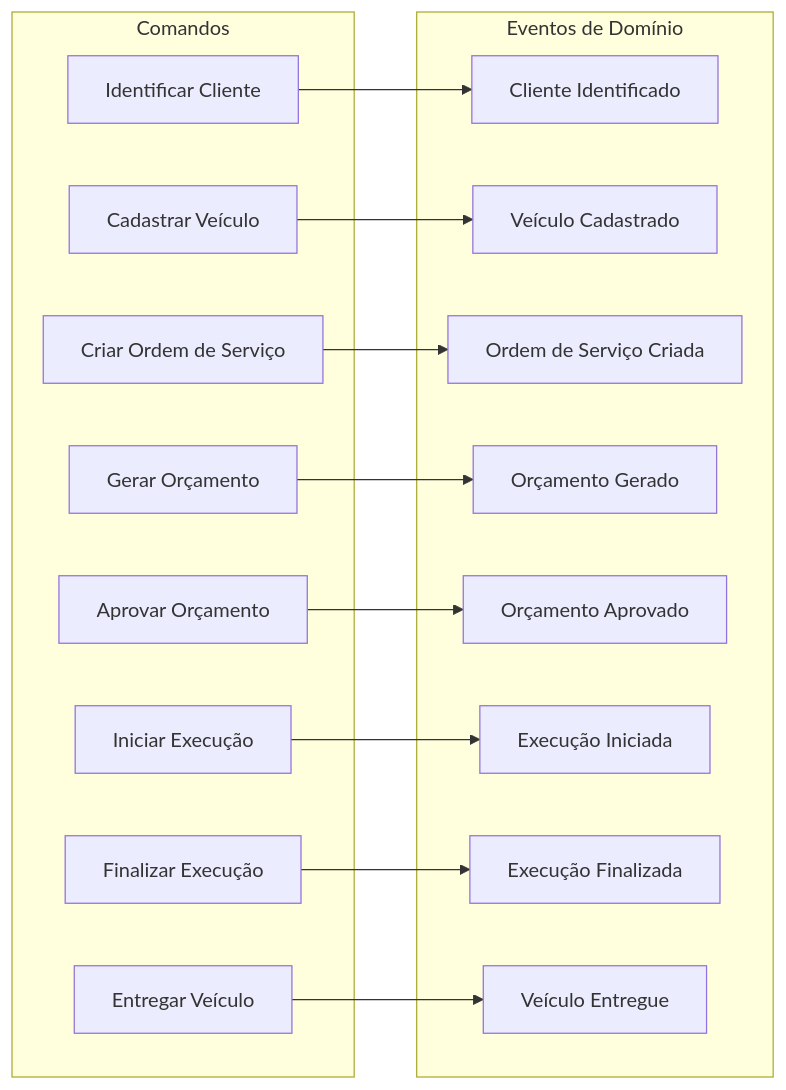
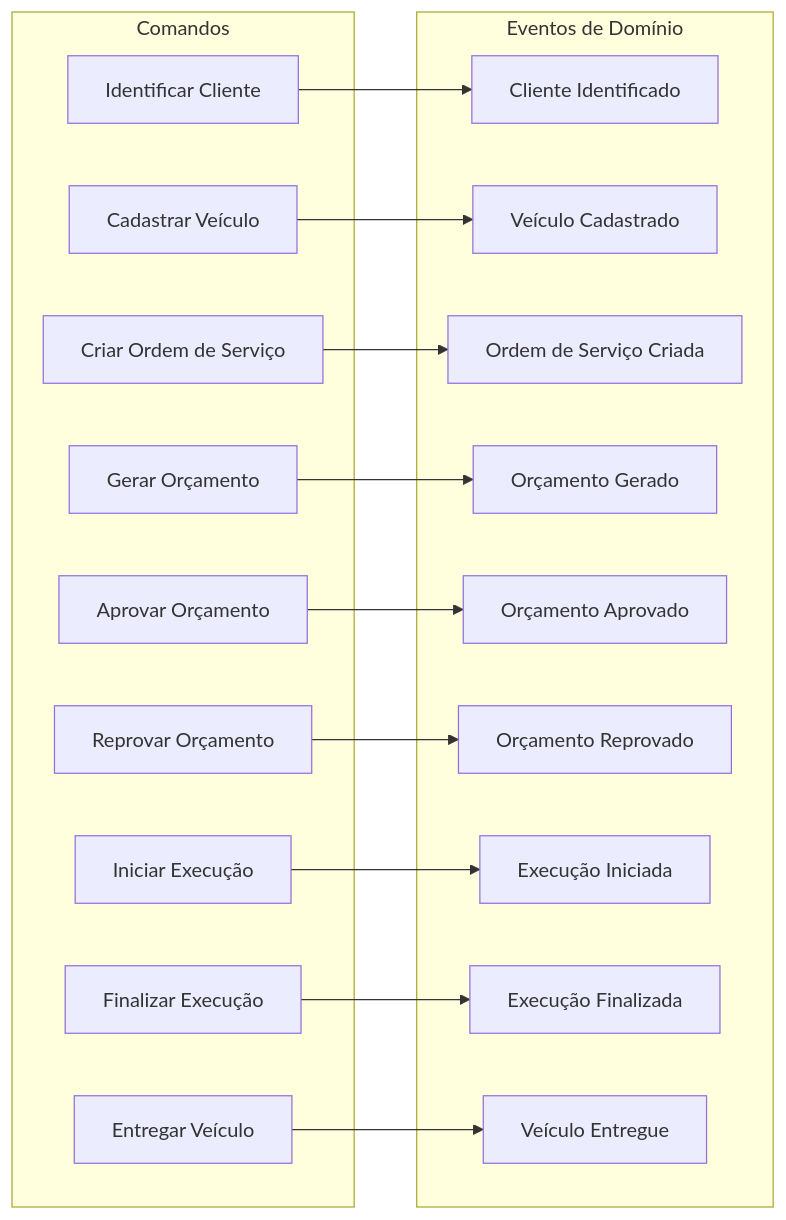
Before and after one commit to rafaaamaral/tech_challenge: the seventh of 7 diagrams in docs/diagramas-ddd.md, drawn with Mermaid. The commit also changed other lines of this file and 1 other file, not shown here.

````diff
--- a/docs/diagramas-ddd.md
+++ b/docs/diagramas-ddd.md
@@ -308,33 +318,36 @@
 ```mermaid
 flowchart LR
     subgraph Comandos[Comandos]
         C1[Identificar Cliente]
         C2[Cadastrar Veículo]
         C3[Criar Ordem de Serviço]
         C4[Gerar Orçamento]
         C5[Aprovar Orçamento]
-        C6[Iniciar Execução]
-        C7[Finalizar Execução]
-        C8[Entregar Veículo]
+        C6[Reprovar Orçamento]
+        C7[Iniciar Execução]
+        C8[Finalizar Execução]
+        C9[Entregar Veículo]
     end
 
     subgraph Eventos[Eventos de Domínio]
         E1[Cliente Identificado]
         E2[Veículo Cadastrado]
         E3[Ordem de Serviço Criada]
         E4[Orçamento Gerado]
         E5[Orçamento Aprovado]
-        E6[Execução Iniciada]
-        E7[Execução Finalizada]
-        E8[Veículo Entregue]
+        E6[Orçamento Reprovado]
+        E7[Execução Iniciada]
+        E8[Execução Finalizada]
+        E9[Veículo Entregue]
     end
 
     C1 --> E1
     C2 --> E2
     C3 --> E3
     C4 --> E4
     C5 --> E5
     C6 --> E6
     C7 --> E7
     C8 --> E8
+    C9 --> E9
 ```
````
